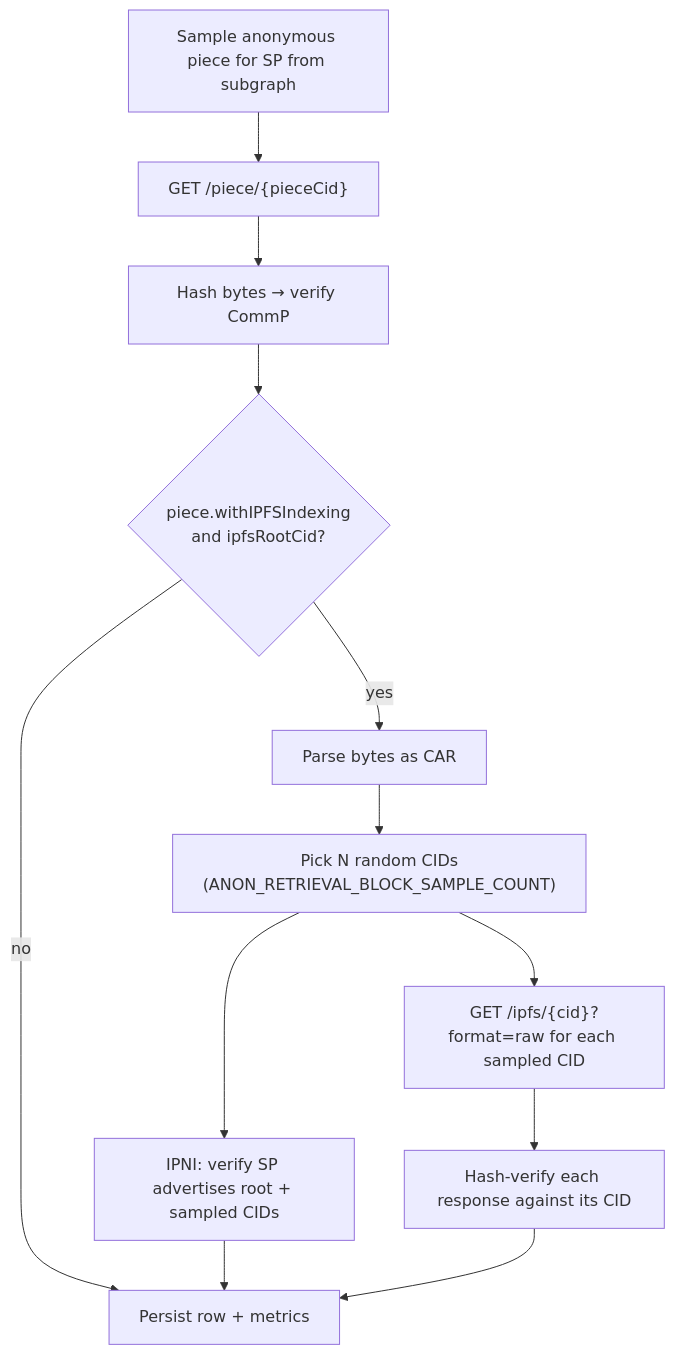
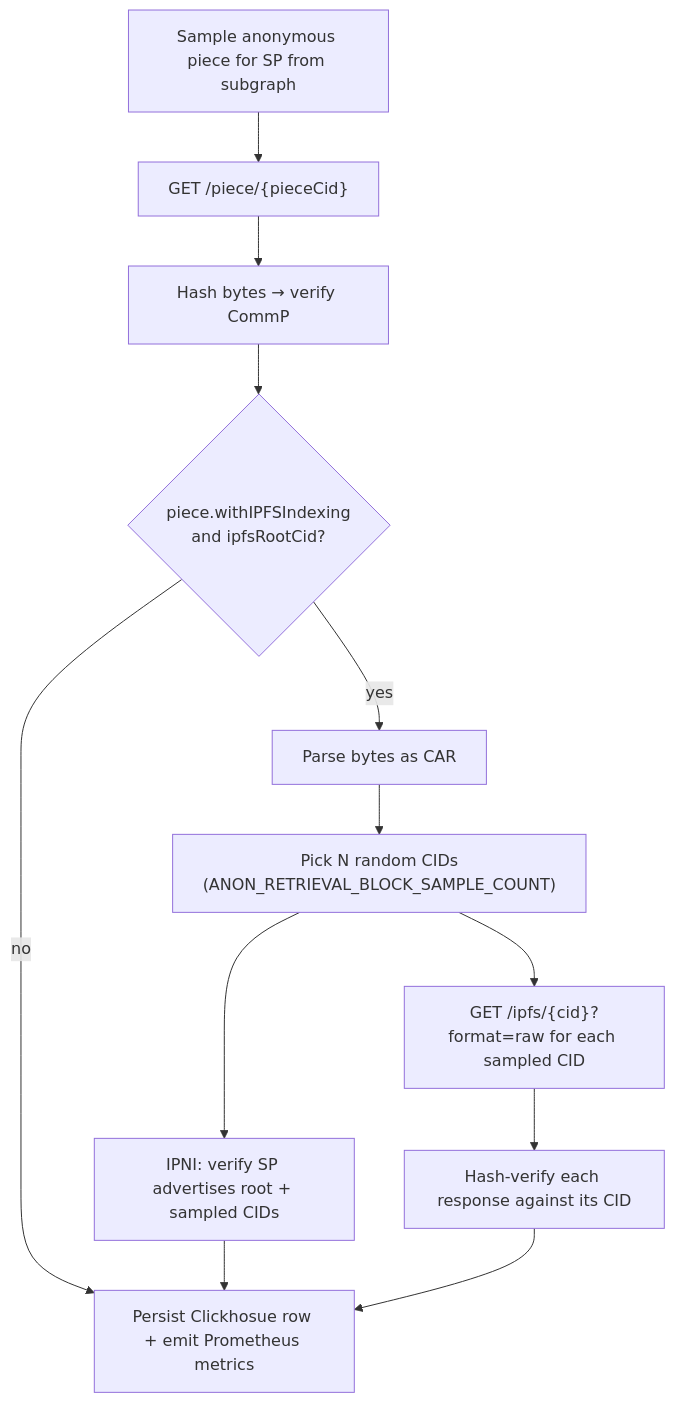
One commit to FilOzone/dealbot changed the diagram in docs/checks/anon-retrievals.md. Above: the diagram before and after it, drawn with Mermaid. The commit also changed other lines of this file, not shown here.

Commit message:
Apply suggestion from @BigLep

````diff
--- a/docs/checks/anon-retrievals.md
+++ b/docs/checks/anon-retrievals.md
@@ -57,14 +57,14 @@
 ```mermaid
 flowchart TD
   Select["Sample anonymous piece for SP from subgraph"] --> Fetch["GET /piece/{pieceCid}"]
   Fetch --> CommP["Hash bytes → verify CommP"]
   CommP --> HasIpfs{"piece.withIPFSIndexing<br/>and ipfsRootCid?"}
-  HasIpfs -- "no" --> Record["Persist row + metrics"]
+  HasIpfs -- "no" --> Record["Persist Clickhosue row + emit Prometheus metrics"]
   HasIpfs -- "yes" --> ParseCar["Parse bytes as CAR"]
   ParseCar --> SampleBlocks["Pick N random CIDs<br/>(ANON_RETRIEVAL_BLOCK_SAMPLE_COUNT)"]
   SampleBlocks --> Ipni["IPNI: verify SP advertises root + sampled CIDs"]
   SampleBlocks --> BlockFetch["GET /ipfs/{cid}?format=raw for each sampled CID"]
   BlockFetch --> HashCheck["Hash-verify each response against its CID"]
   Ipni --> Record
   HashCheck --> Record
 ```
````
